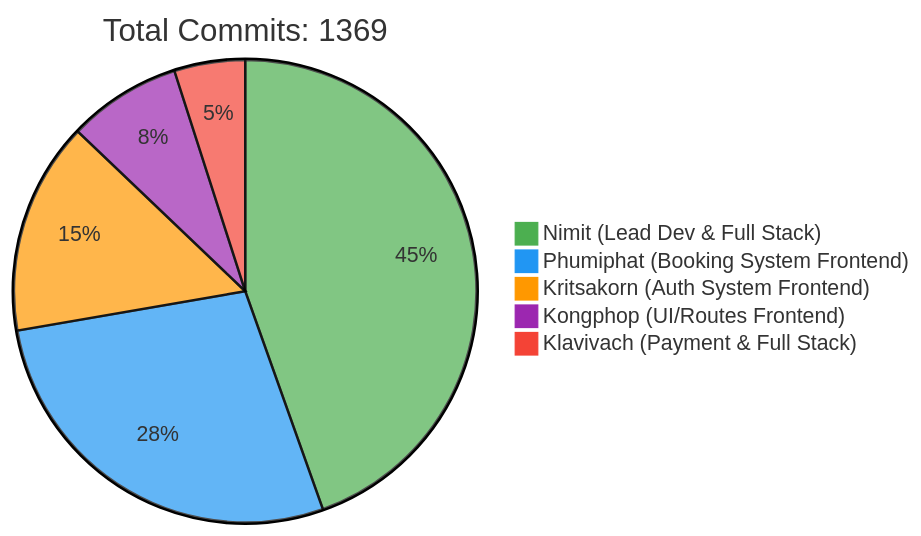
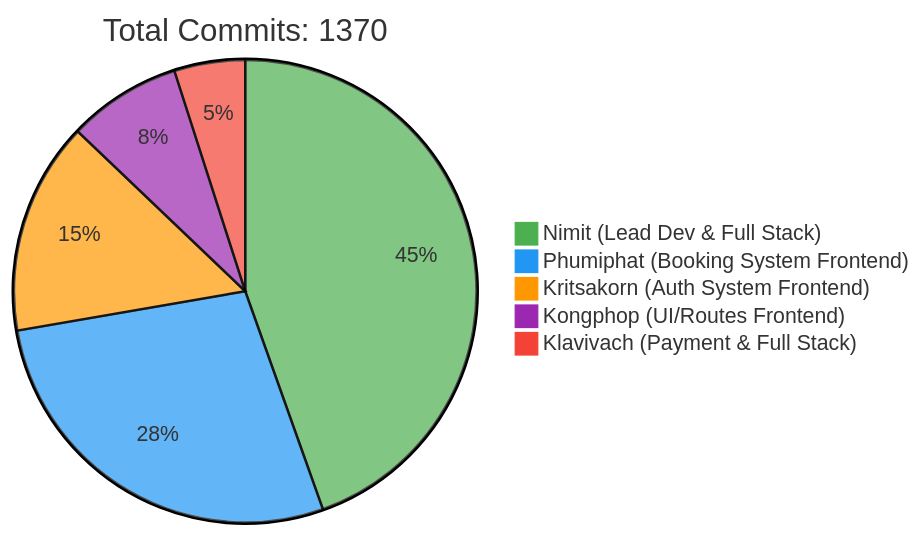
Before and after one commit to 6531503042/Sport-Complex: the first of 2 diagrams in README.md, drawn with Mermaid. The commit also changed other lines of this file, not shown here.

Commit message:
docs: Update contributor statistics [skip ci]

````diff
--- a/README.md
+++ b/README.md
@@ -257,10 +257,10 @@
 ```mermaid
 %%{init: {'theme': 'base', 'themeVariables': { 'pie1': '#4CAF50', 'pie2': '#2196F3', 'pie3': '#FF9800', 'pie4': '#9C27B0', 'pie5': '#F44336'}}}%%
 pie
-    title Total Commits: 1369
+    title Total Commits: 1370
     "Nimit (Lead Dev & Full Stack)" : 450
     "Phumiphat (Booking System Frontend)" : 280
     "Kritsakorn (Auth System Frontend)" : 150
     "Kongphop (UI/Routes Frontend)" : 80
     "Klavivach (Payment & Full Stack)" : 50
 ```
````
